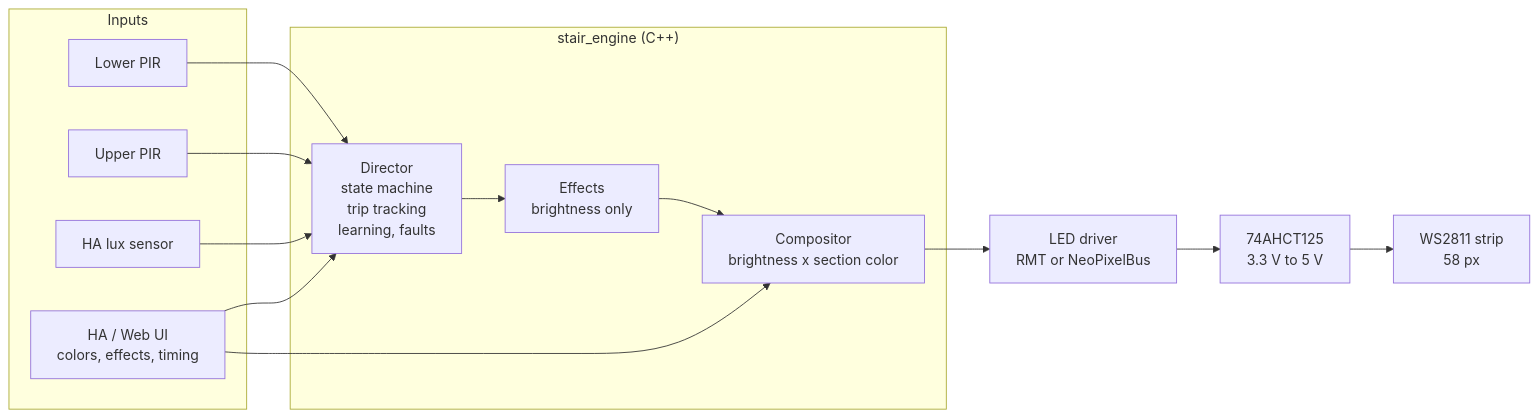
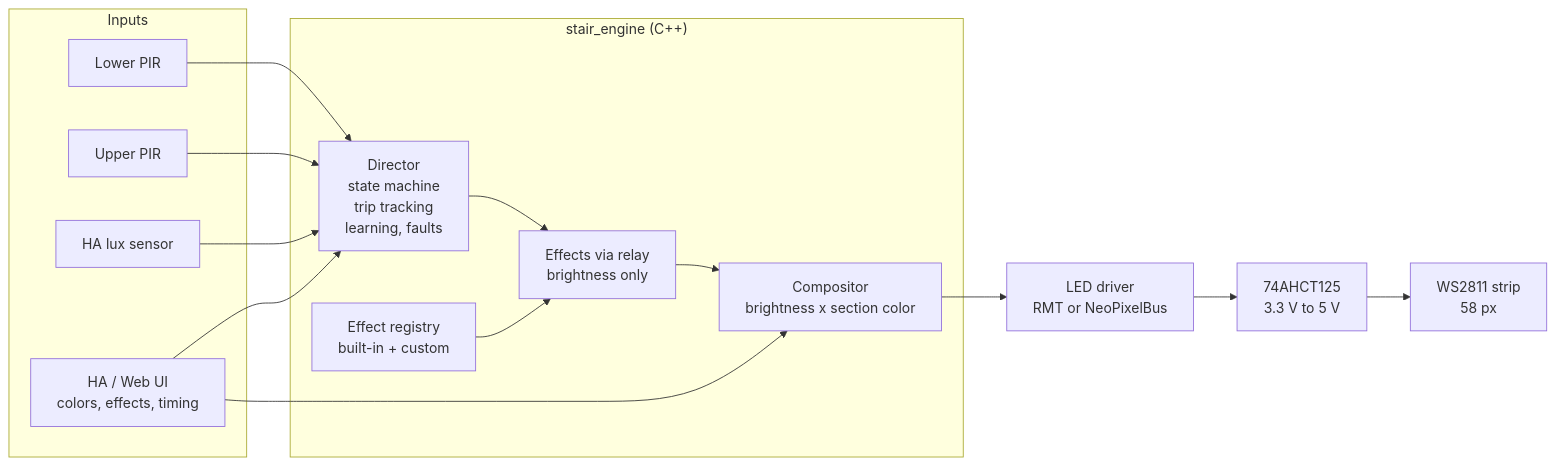
Before and after one commit to tim-salvador/espHOME: the first of 6 diagrams in stairwell-lighting/README.md, drawn with Mermaid. The commit also changed other lines of this file and 15 other files, not shown here.

Commit message:
stairwell-lighting: v3.2 effect registry, relay, new effects

````diff
--- a/stairwell-lighting/README.md
+++ b/stairwell-lighting/README.md
@@ -71,23 +80,25 @@
 ```mermaid
 flowchart LR
     subgraph Inputs
         PL[Lower PIR]
         PU[Upper PIR]
         LX[HA lux sensor]
         UI[HA / Web UI<br/>colors, effects, timing]
     end
     subgraph Engine["stair_engine (C++)"]
         DIR[Director<br/>state machine<br/>trip tracking<br/>learning, faults]
-        FX[Effects<br/>brightness only]
+        REG[Effect registry<br/>built-in + custom]
+        FX[Effects via relay<br/>brightness only]
         CMP[Compositor<br/>brightness x section color]
     end
     PL --> DIR
     PU --> DIR
     LX --> DIR
     UI --> DIR
     UI --> CMP
+    REG --> FX
     DIR --> FX --> CMP
     CMP --> DRV[LED driver<br/>RMT or NeoPixelBus]
     DRV --> LS[74AHCT125<br/>3.3 V to 5 V]
     LS --> STRIP[WS2811 strip<br/>58 px]
 ```
````
